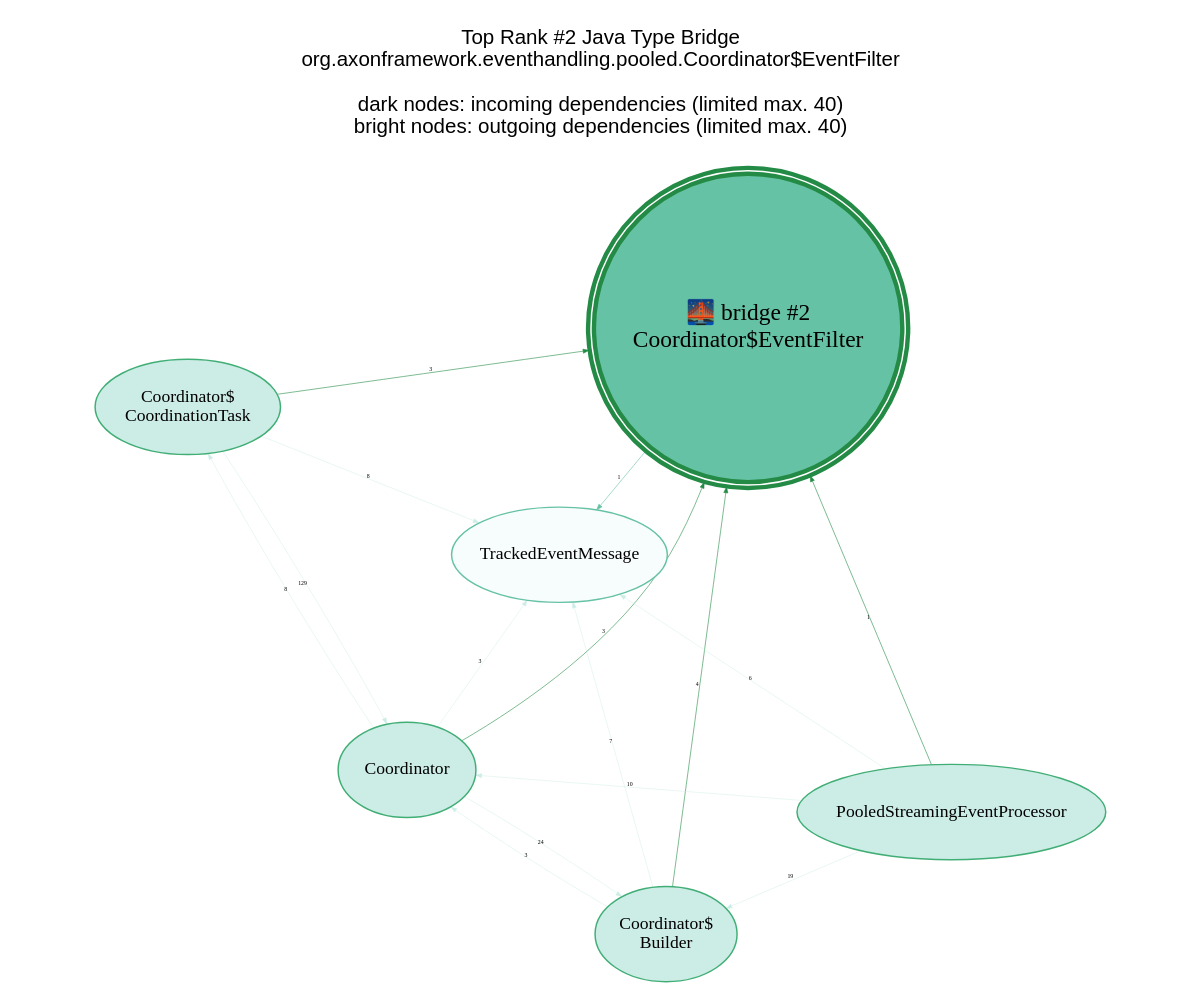
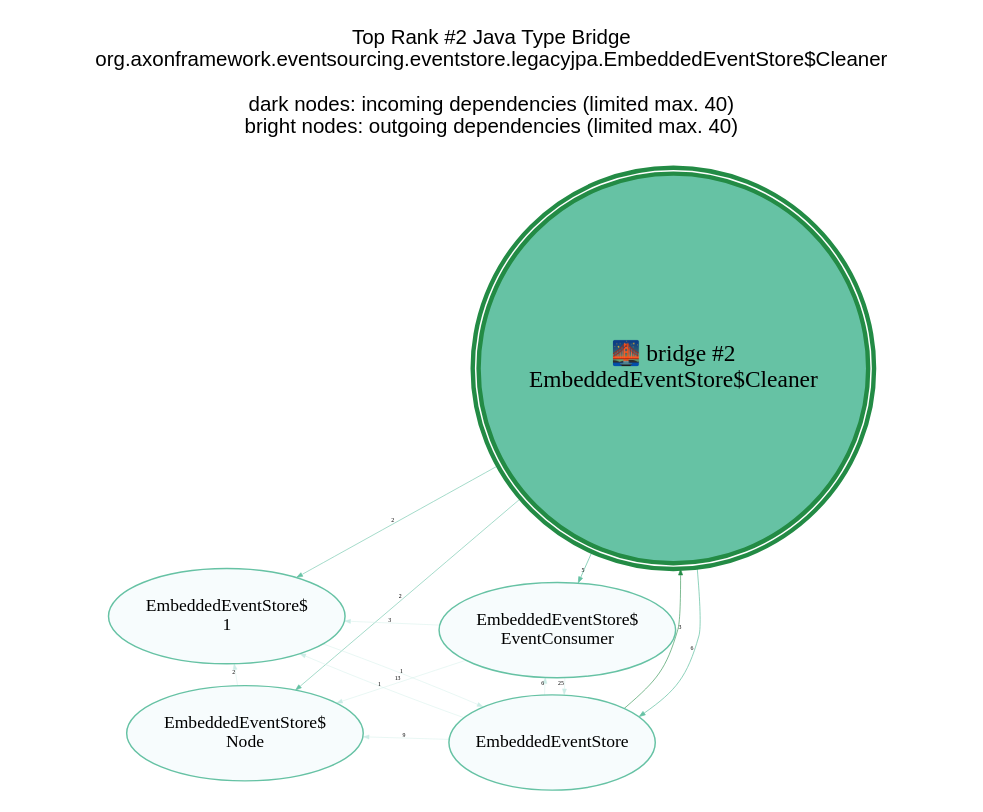
Before and after one commit to JohT/code-graph-analysis-examples: the diagram in analysis-results/AxonFramework/latest/anomaly-detection/Java_Type/GraphVisualizations/graphviz/TopBridge2.gv, drawn with Graphviz. The commit also changed 631 other files, not shown here.

```diff
--- a/analysis-results/AxonFramework/latest/anomaly-detection/Java_Type/GraphVisualizations/graphviz/TopBridge2.gv
+++ b/analysis-results/AxonFramework/latest/anomaly-detection/Java_Type/GraphVisualizations/graphviz/TopBridge2.gv
@@ -1,32 +1,30 @@
 // This GraphViz dot file was generated by the script convertQueryResultCsvToGraphVizDotFile.sh with TopCentral.template
 
 strict digraph TopBridge2 {
     graph [layout = "fdp"; start = "7"; splines = "spline"; pad = "0.8,0.1"; outputorder = "edgesfirst";];
     graph [fontname = "Helvetica,Arial,sans-serif"; labelloc = "t";];
     node [colorscheme = "bugn9"; color = 6; fillcolor = 3;];
     edge [colorscheme = "bugn9"; color = 7;];
     node [fontsize = 12; style = "filled"; margin = "0.03,0.03"; width="1.3"; height="0.9";];
     edge [fontsize = 4; arrowsize = "0.4";];
 
     central [shape = "doublecircle"; height = "2.0"; margin = "0.000001,0.000001";];
     central [fontsize = 16;];
     central [color = 7; fillcolor = 5; penwidth = 3;];
 
-	graph   [label="Top Rank #2 Java Type Bridge\norg.axonframework.eventhandling.pooled.Coordinator$EventFilter\n\ndark nodes: incoming dependencies (limited max. 40)\nbright nodes: outgoing dependencies (limited max. 40)\n\n"];
-	central [label="🌉 bridge #2\nCoordinator$EventFilter"];
-	"Coordinator$Builder_34626" [label = "Coordinator$\nBuilder"; ]; "Coordinator$Builder_34626" -> central [label=4; weight=4; penwidth=0.4];
-	"Coordinator_34625" [label = "Coordinator"; ]; "Coordinator_34625" -> central [label=3; weight=3; penwidth=0.4];
-	"Coordinator$CoordinationTask_34627" [label = "Coordinator$\nCoordinationTask"; ]; "Coordinator$CoordinationTask_34627" -> central [label=3; weight=3; penwidth=0.4];
-	"PooledStreamingEventProcessor_34632" [label = "PooledStreamingEventProcessor"; ]; "PooledStreamingEventProcessor_34632" -> central [label=1; weight=1; penwidth=0.4];
-	"TrackedEventMessage_28185" [label = "TrackedEventMessage"; color = 5; fillcolor = 1; ]; central -> "TrackedEventMessage_28185" [label=1; weight=1; penwidth=0.4; color = 5];
-	"Coordinator$CoordinationTask_34627" -> "Coordinator_34625" [label=129; weight=129; penwidth=0.3; color = 3]
-	"Coordinator_34625" -> "Coordinator$Builder_34626" [label=24; weight=24; penwidth=0.3; color = 3]
-	"PooledStreamingEventProcessor_34632" -> "Coordinator$Builder_34626" [label=19; weight=19; penwidth=0.3; color = 3]
-	"PooledStreamingEventProcessor_34632" -> "Coordinator_34625" [label=10; weight=10; penwidth=0.3; color = 3]
-	"Coordinator_34625" -> "Coordinator$CoordinationTask_34627" [label=8; weight=8; penwidth=0.3; color = 3]
-	"Coordinator$CoordinationTask_34627" -> "TrackedEventMessage_28185" [label=8; weight=8; penwidth=0.3; color = 3]
-	"Coordinator$Builder_34626" -> "TrackedEventMessage_28185" [label=7; weight=7; penwidth=0.3; color = 3]
-	"PooledStreamingEventProcessor_34632" -> "TrackedEventMessage_28185" [label=6; weight=6; penwidth=0.3; color = 3]
-	"Coordinator_34625" -> "TrackedEventMessage_28185" [label=3; weight=3; penwidth=0.3; color = 3]
-	"Coordinator$Builder_34626" -> "Coordinator_34625" [label=3; weight=3; penwidth=0.3; color = 3]
+	graph   [label="Top Rank #2 Java Type Bridge\norg.axonframework.eventsourcing.eventstore.legacyjpa.EmbeddedEventStore$Cleaner\n\ndark nodes: incoming dependencies (limited max. 40)\nbright nodes: outgoing dependencies (limited max. 40)\n\n"];
+	central [label="🌉 bridge #2\nEmbeddedEventStore$Cleaner"];
+	"EmbeddedEventStore_12536" [label = "EmbeddedEventStore"; ]; "EmbeddedEventStore_12536" -> central [label=3; weight=3; penwidth=0.4];
+	"EmbeddedEventStore_12536" [label = "EmbeddedEventStore"; color = 5; fillcolor = 1; ]; central -> "EmbeddedEventStore_12536" [label=6; weight=6; penwidth=0.5; color = 5];
+	"EmbeddedEventStore$EventConsumer_12524" [label = "EmbeddedEventStore$\nEventConsumer"; color = 5; fillcolor = 1; ]; central -> "EmbeddedEventStore$EventConsumer_12524" [label=5; weight=5; penwidth=0.5; color = 5];
+	"EmbeddedEventStore$1_12535" [label = "EmbeddedEventStore$\n1"; color = 5; fillcolor = 1; ]; central -> "EmbeddedEventStore$1_12535" [label=2; weight=2; penwidth=0.4; color = 5];
+	"EmbeddedEventStore$Node_12523" [label = "EmbeddedEventStore$\nNode"; color = 5; fillcolor = 1; ]; central -> "EmbeddedEventStore$Node_12523" [label=2; weight=2; penwidth=0.4; color = 5];
+	"EmbeddedEventStore$EventConsumer_12524" -> "EmbeddedEventStore_12536" [label=25; weight=25; penwidth=0.3; color = 3]
+	"EmbeddedEventStore$EventConsumer_12524" -> "EmbeddedEventStore$Node_12523" [label=13; weight=13; penwidth=0.3; color = 3]
+	"EmbeddedEventStore_12536" -> "EmbeddedEventStore$Node_12523" [label=9; weight=9; penwidth=0.3; color = 3]
+	"EmbeddedEventStore_12536" -> "EmbeddedEventStore$EventConsumer_12524" [label=6; weight=6; penwidth=0.3; color = 3]
+	"EmbeddedEventStore$EventConsumer_12524" -> "EmbeddedEventStore$1_12535" [label=3; weight=3; penwidth=0.3; color = 3]
+	"EmbeddedEventStore$Node_12523" -> "EmbeddedEventStore$1_12535" [label=2; weight=2; penwidth=0.3; color = 3]
+	"EmbeddedEventStore_12536" -> "EmbeddedEventStore$1_12535" [label=1; weight=1; penwidth=0.3; color = 3]
+	"EmbeddedEventStore$1_12535" -> "EmbeddedEventStore_12536" [label=1; weight=1; penwidth=0.3; color = 3]
 }
```
